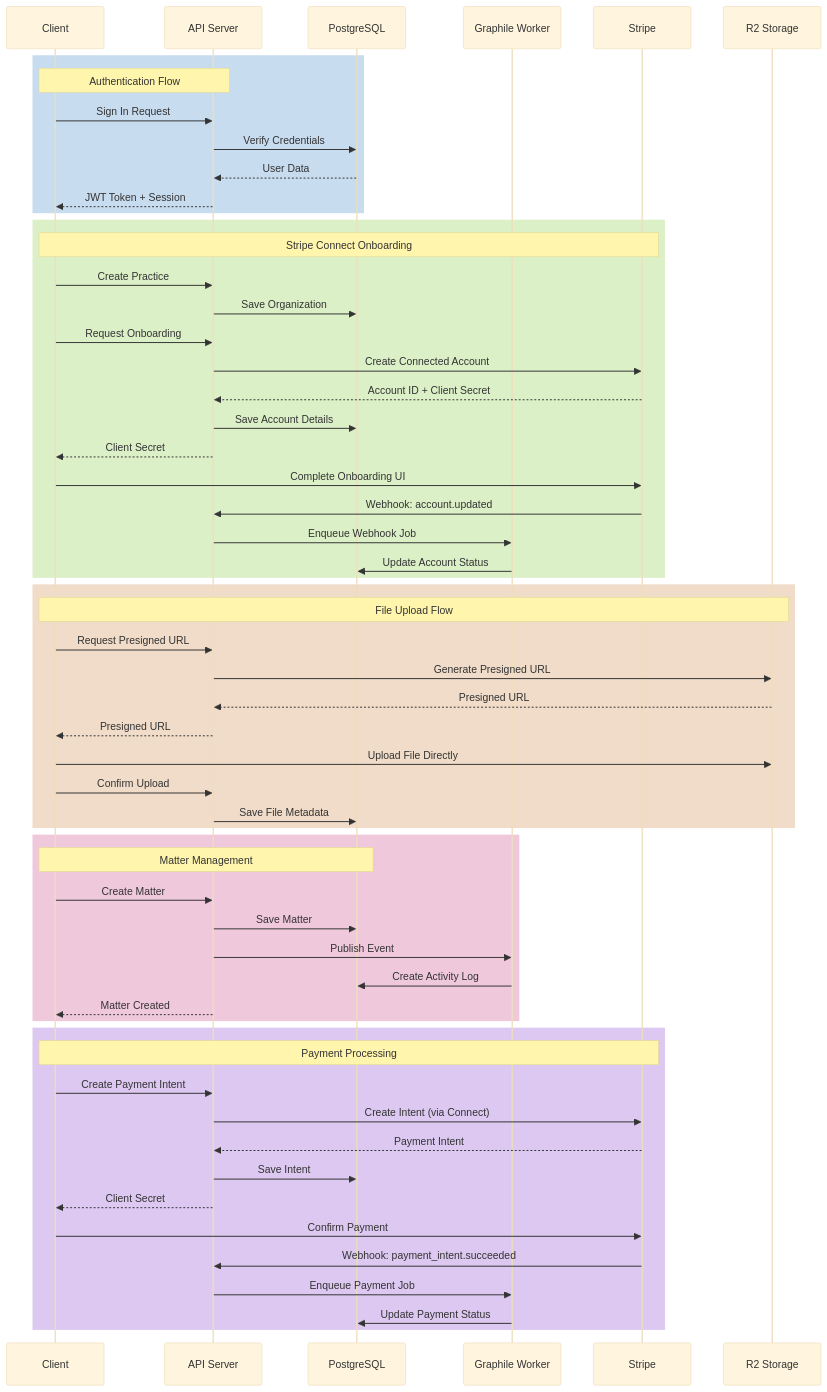
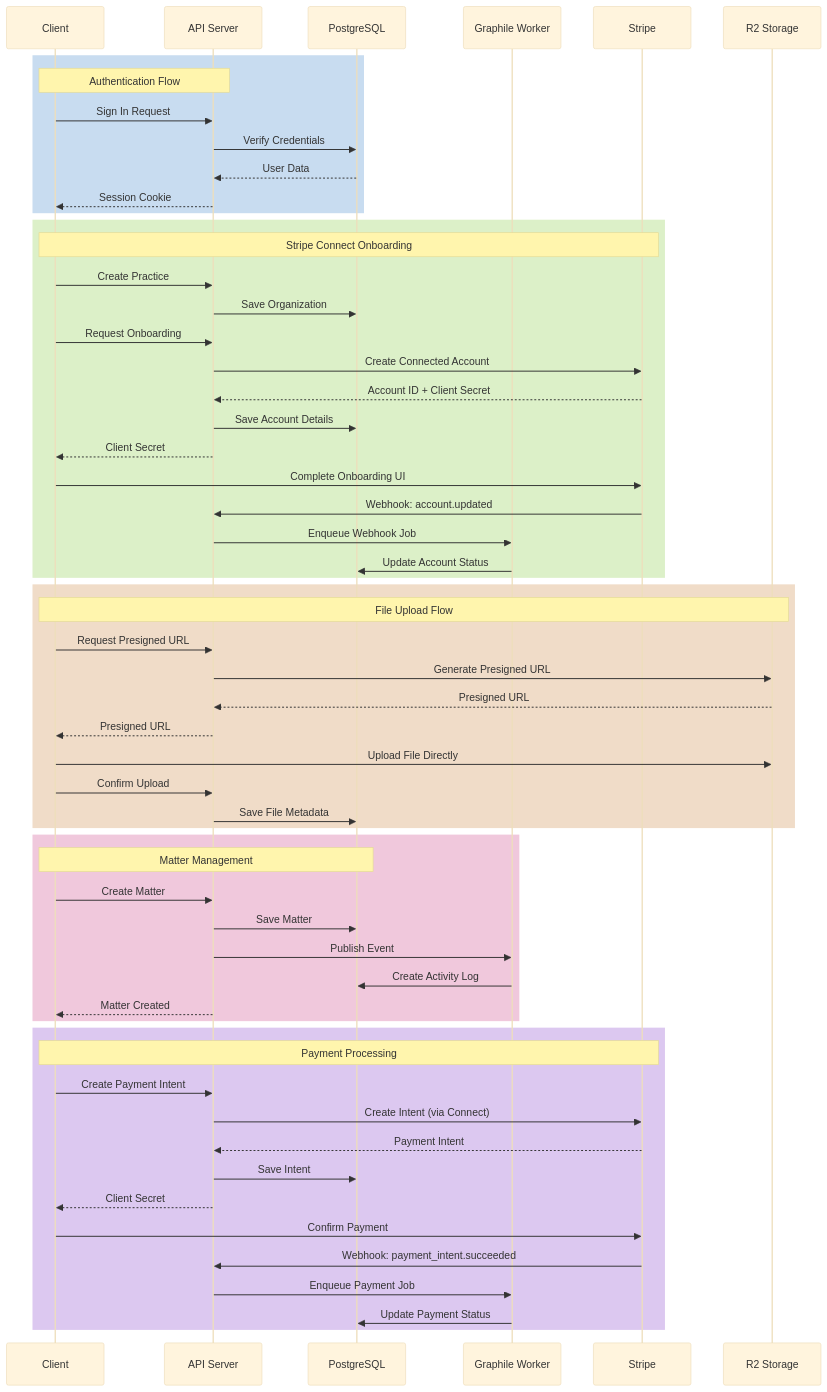
Before and after one commit to Blawby/blawby-backend: the fifth of 8 diagrams in docs/SYSTEM_ARCHITECTURE.md, drawn with Mermaid (base theme). The commit also changed other lines of this file and 3 other files, not shown here.

Commit message:
docs: expand `SYSTEM_ARCHITECTURE.md` with detailed sections on tech stack, module structure, request flow, error handling, and event-driven architecture, and reorganize related documentation files.

````diff
--- a/docs/SYSTEM_ARCHITECTURE.md
+++ b/docs/SYSTEM_ARCHITECTURE.md
@@ -122,70 +307,70 @@
 ```mermaid
 sequenceDiagram
     participant C as Client
     participant API as API Server
     participant DB as PostgreSQL
     participant Q as Graphile Worker
     participant S as Stripe
     participant R2 as R2 Storage
 
     %% Authentication Flow
     rect rgb(200, 220, 240)
         Note over C,API: Authentication Flow
         C->>API: Sign In Request
         API->>DB: Verify Credentials
         DB-->>API: User Data
-        API-->>C: JWT Token + Session
+        API-->>C: Session Cookie
     end
 
     %% Practice Onboarding Flow
     rect rgb(220, 240, 200)
         Note over C,S: Stripe Connect Onboarding
         C->>API: Create Practice
         API->>DB: Save Organization
         C->>API: Request Onboarding
         API->>S: Create Connected Account
         S-->>API: Account ID + Client Secret
         API->>DB: Save Account Details
         API-->>C: Client Secret
         C->>S: Complete Onboarding UI
         S->>API: Webhook: account.updated
         API->>Q: Enqueue Webhook Job
         Q->>DB: Update Account Status
     end
 
     %% File Upload Flow
     rect rgb(240, 220, 200)
         Note over C,R2: File Upload Flow
         C->>API: Request Presigned URL
         API->>R2: Generate Presigned URL
         R2-->>API: Presigned URL
         API-->>C: Presigned URL
         C->>R2: Upload File Directly
         C->>API: Confirm Upload
         API->>DB: Save File Metadata
     end
 
     %% Matter Creation Flow
     rect rgb(240, 200, 220)
         Note over C,DB: Matter Management
         C->>API: Create Matter
         API->>DB: Save Matter
         API->>Q: Publish Event
         Q->>DB: Create Activity Log
         API-->>C: Matter Created
     end
 
     %% Payment Flow
     rect rgb(220, 200, 240)
         Note over C,S: Payment Processing
         C->>API: Create Payment Intent
         API->>S: Create Intent (via Connect)
         S-->>API: Payment Intent
         API->>DB: Save Intent
         API-->>C: Client Secret
         C->>S: Confirm Payment
         S->>API: Webhook: payment_intent.succeeded
         API->>Q: Enqueue Payment Job
         Q->>DB: Update Payment Status
     end
 ```
````
